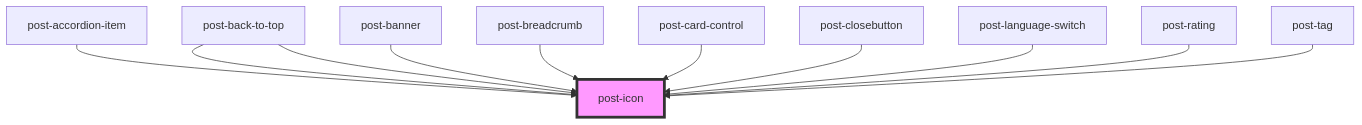
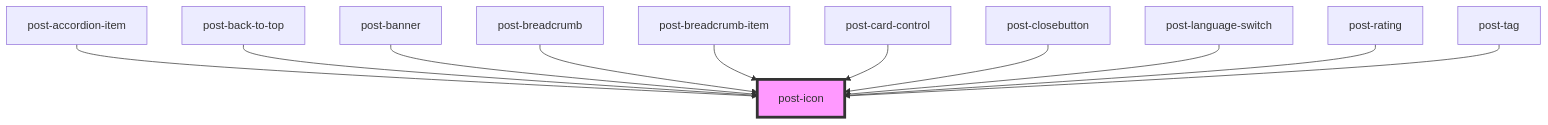
The diagram in packages/components/src/components/post-icon/readme.md (swisspost/design-system), drawn with Mermaid before and after one commit. The commit also changed other lines of this file and 2 other files, not shown here.

Commit message:
chore: autogenerated files

````diff
--- a/packages/components/src/components/post-icon/readme.md
+++ b/packages/components/src/components/post-icon/readme.md
@@ -37,14 +37,14 @@
 ```mermaid
 graph TD;
   post-accordion-item --> post-icon
   post-back-to-top --> post-icon
-  post-back-to-top --> post-icon
   post-banner --> post-icon
   post-breadcrumb --> post-icon
+  post-breadcrumb-item --> post-icon
   post-card-control --> post-icon
   post-closebutton --> post-icon
   post-language-switch --> post-icon
   post-rating --> post-icon
   post-tag --> post-icon
   style post-icon fill:#f9f,stroke:#333,stroke-width:4px
 ```
````
